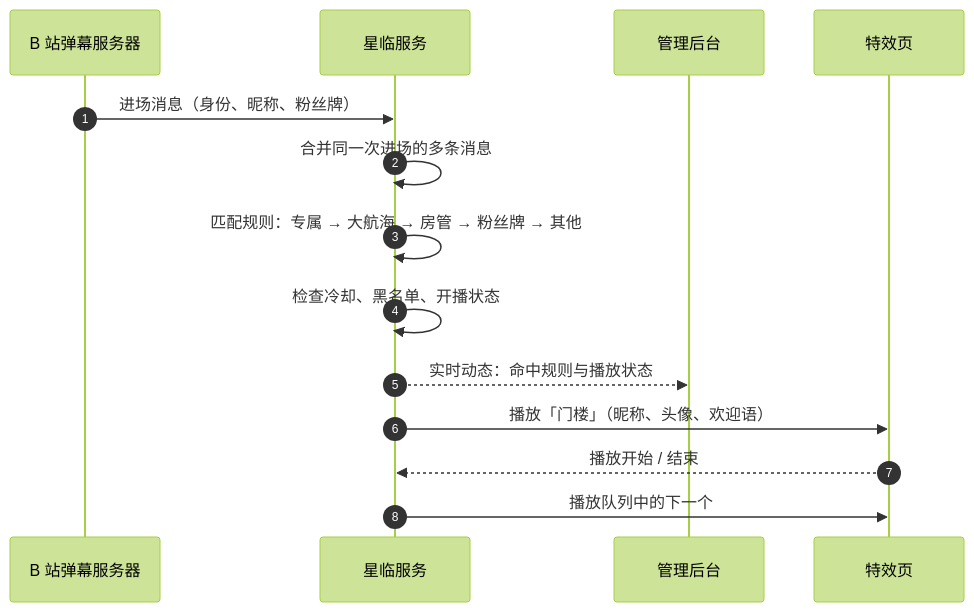
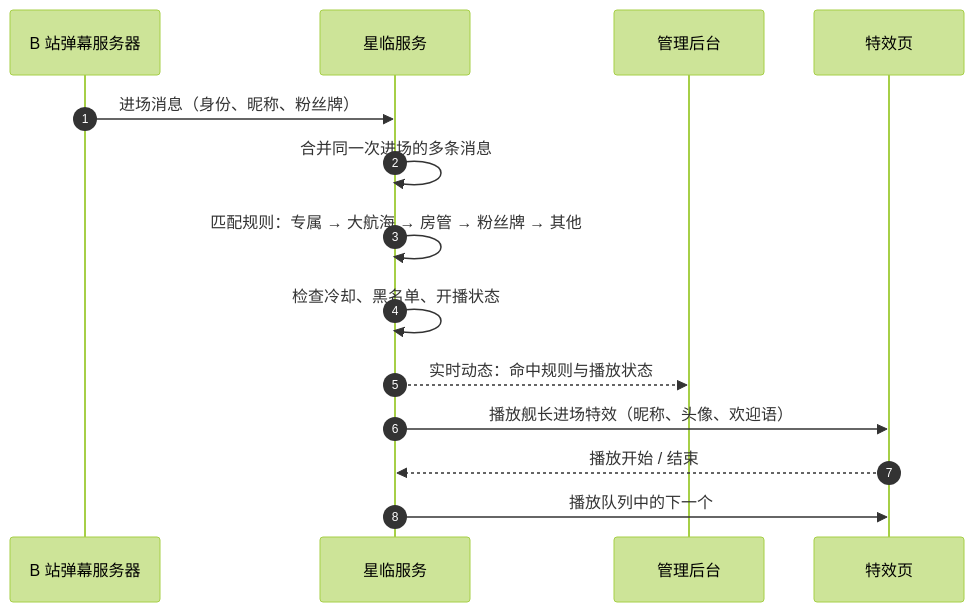
The second of 2 diagrams in README.md (chrismaxluo/starfall), drawn with Mermaid (forest theme) before and after one commit. The commit also changed other lines of this file and 4 other files, not shown here.

Commit message:
README：界面预览改为四张图（总览暗色/亮色、触发规则、登录页），去掉顶部大图和大航海特效图；使用部分放在前、开发部分放在后

````diff
--- a/README.md
+++ b/README.md
@@ -93,16 +131,16 @@
 ```mermaid
 sequenceDiagram
     autonumber
     participant B as B 站弹幕服务器
     participant S as 星临服务
     participant A as 管理后台
     participant O as 特效页
     B->>S: 进场消息（身份、昵称、粉丝牌）
     S->>S: 合并同一次进场的多条消息
     S->>S: 匹配规则：专属 → 大航海 → 房管 → 粉丝牌 → 其他
     S->>S: 检查冷却、黑名单、开播状态
     S-->>A: 实时动态：命中规则与播放状态
-    S->>O: 播放「门楼」（昵称、头像、欢迎语）
+    S->>O: 播放舰长进场特效（昵称、头像、欢迎语）
     O-->>S: 播放开始 / 结束
     S->>O: 播放队列中的下一个
 ```
````
